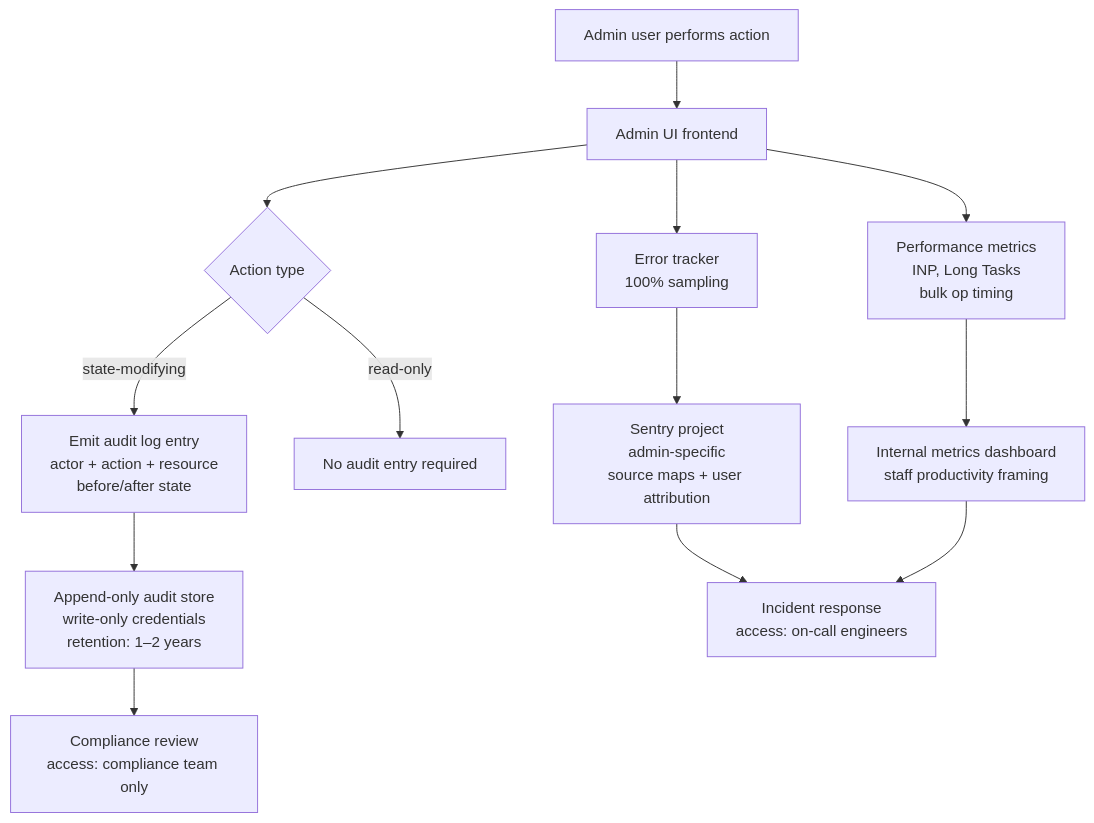
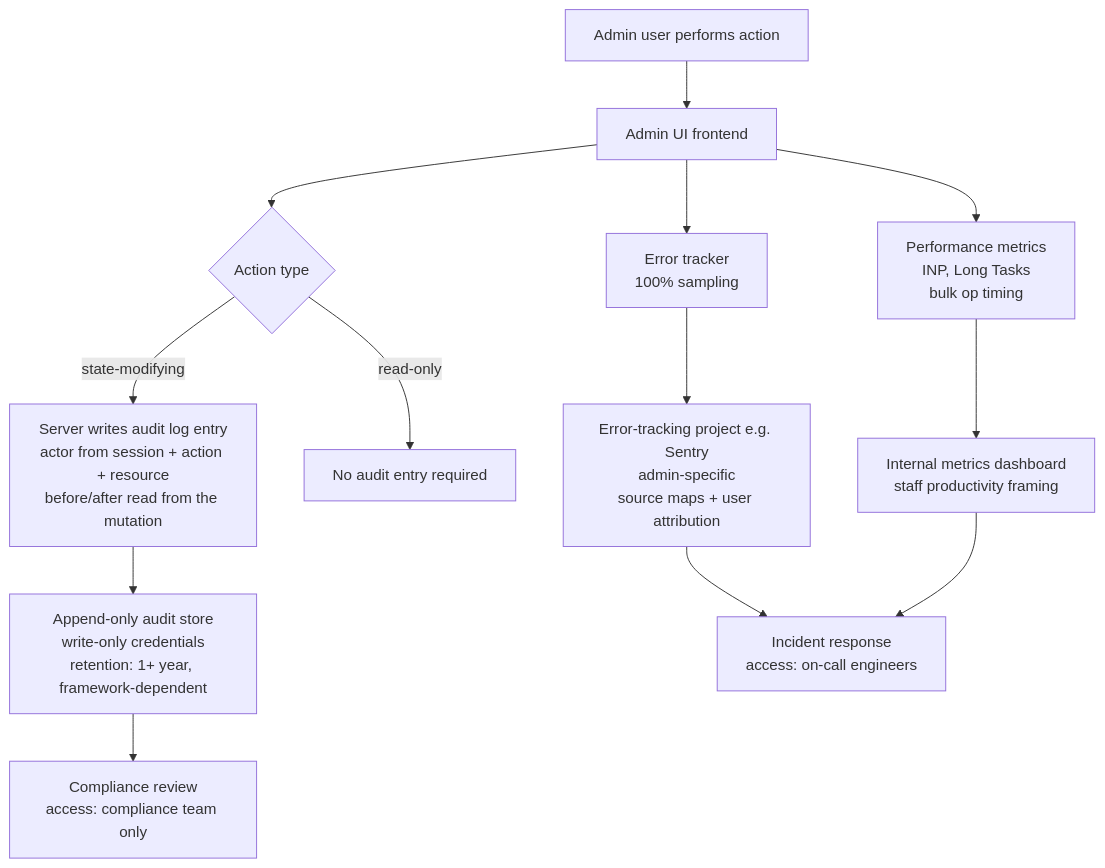
The diagram in docs/en/Observability and Error Tracking/1410.md (alivedise/frontend-engineering-essentials), drawn with Mermaid before and after one commit. The commit also changed other lines of this file and 1 other file, not shown here.

````diff
--- a/docs/en/Observability and Error Tracking/1410.md
+++ b/docs/en/Observability and Error Tracking/1410.md
@@ -210,17 +41,17 @@
 ```mermaid
 flowchart TD
     A[Admin user performs action] --> B[Admin UI frontend]
     B --> C{Action type}
-    C -->|state-modifying| D[Emit audit log entry\nactor + action + resource\nbefore/after state]
+    C -->|state-modifying| D[Server writes audit log entry\nactor from session + action + resource\nbefore/after read from the mutation]
     C -->|read-only| E[No audit entry required]
     B --> F[Error tracker\n100% sampling]
     B --> G[Performance metrics\nINP, Long Tasks\nbulk op timing]
 
-    D --> H[Append-only audit store\nwrite-only credentials\nretention: 1–2 years]
-    F --> I[Sentry project\nadmin-specific\nsource maps + user attribution]
+    D --> H[Append-only audit store\nwrite-only credentials\nretention: 1+ year, framework-dependent]
+    F --> I[Error-tracking project e.g. Sentry\nadmin-specific\nsource maps + user attribution]
     G --> J[Internal metrics dashboard\nstaff productivity framing]
 
     H --> K[Compliance review\naccess: compliance team only]
     I --> L[Incident response\naccess: on-call engineers]
     J --> L
 ```
````
